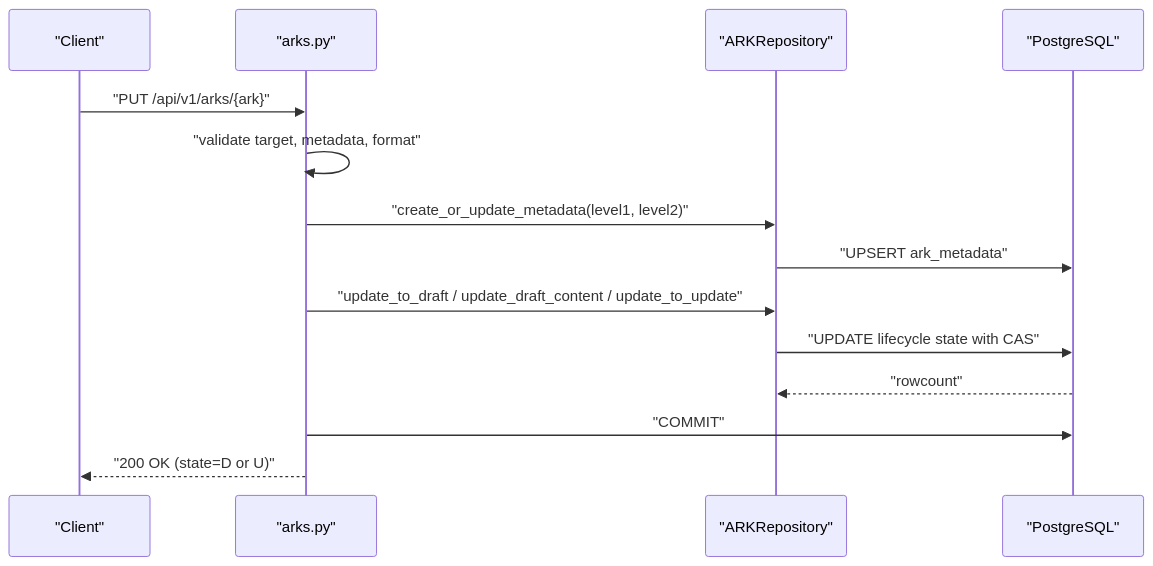
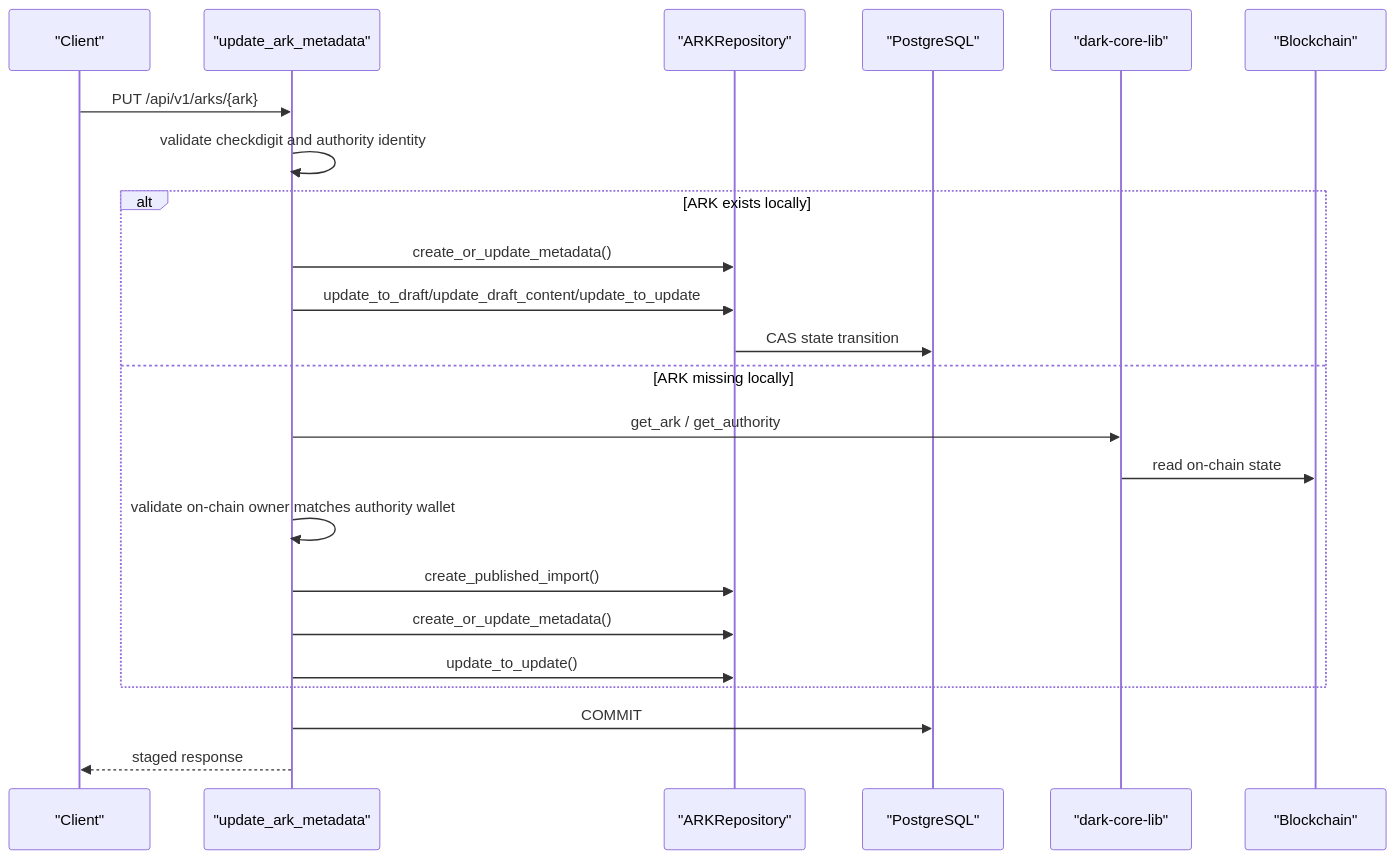
Before and after one commit to LA-Referencia-IOI/dark-core-minter-api: the fifth of 11 diagrams in minter-architecture.md, drawn with Mermaid. The commit also changed other lines of this file and 12 other files, not shown here.

````diff
--- a/minter-architecture.md
+++ b/minter-architecture.md
@@ -64,17 +194,26 @@
 ```mermaid
 sequenceDiagram
     participant Client as "Client"
-    participant API as "arks.py"
-    participant ARepo as "ARKRepository"
+    participant API as "update_ark_metadata"
+    participant Repo as "ARKRepository"
     participant DB as "PostgreSQL"
+    participant Core as "dark-core-lib"
+    participant Chain as "Blockchain"
 
-    Client->>API: "PUT /api/v1/arks/{ark}"
-    API->>API: "validate target, metadata, format"
-    API->>ARepo: "create_or_update_metadata(level1, level2)"
-    ARepo->>DB: "UPSERT ark_metadata"
-    API->>ARepo: "update_to_draft / update_draft_content / update_to_update"
-    ARepo->>DB: "UPDATE lifecycle state with CAS"
-    DB-->>ARepo: "rowcount"
-    API->>DB: "COMMIT"
-    API-->>Client: "200 OK (state=D or U)"
+    Client->>API: PUT /api/v1/arks/{ark}
+    API->>API: validate checkdigit and authority identity
+    alt ARK exists locally
+        API->>Repo: create_or_update_metadata()
+        API->>Repo: update_to_draft/update_draft_content/update_to_update
+        Repo->>DB: CAS state transition
+    else ARK missing locally
+        API->>Core: get_ark / get_authority
+        Core->>Chain: read on-chain state
+        API->>API: validate on-chain owner matches authority wallet
+        API->>Repo: create_published_import()
+        API->>Repo: create_or_update_metadata()
+        API->>Repo: update_to_update()
+    end
+    API->>DB: COMMIT
+    API-->>Client: staged response
 ```
````
